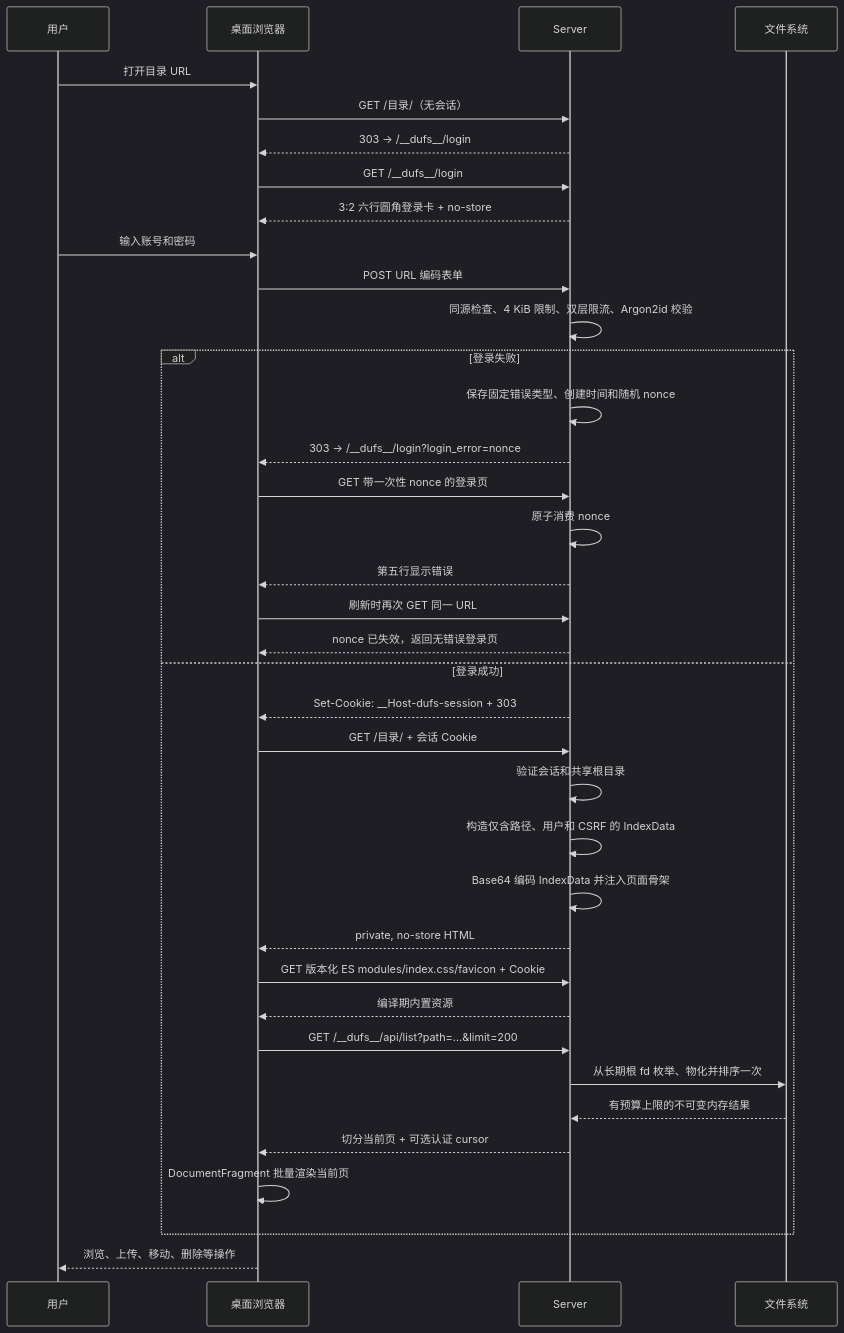
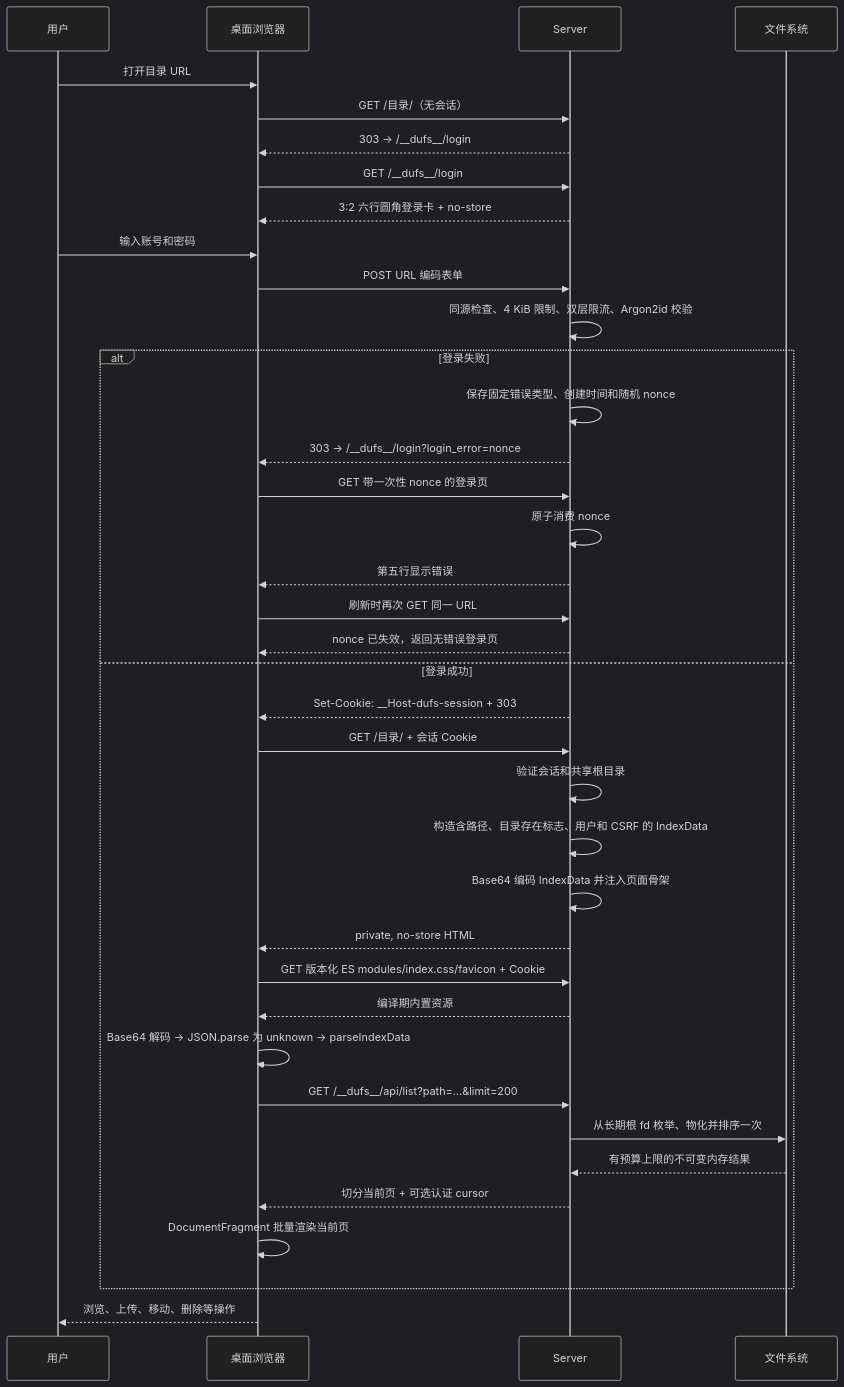
One commit to isarmg/dufs-ram changed the sixth of 22 diagrams in docs/project-workflow.md. Above: the diagram before and after it, drawn with Mermaid (dark theme). The commit also changed other lines of this file and 14 other files, not shown here.

````diff
--- a/docs/project-workflow.md
+++ b/docs/project-workflow.md
@@ -220,40 +220,41 @@
 ```mermaid
 sequenceDiagram
     participant U as 用户
     participant B as 桌面浏览器
     participant S as Server
     participant F as 文件系统
 
     U->>B: 打开目录 URL
     B->>S: GET /目录/（无会话）
     S-->>B: 303 → /__dufs__/login
     B->>S: GET /__dufs__/login
     S-->>B: 3:2 六行圆角登录卡 + no-store
     U->>B: 输入账号和密码
     B->>S: POST URL 编码表单
     S->>S: 同源检查、4 KiB 限制、双层限流、Argon2id 校验
     alt 登录失败
         S->>S: 保存固定错误类型、创建时间和随机 nonce
         S-->>B: 303 → /__dufs__/login?login_error=nonce
         B->>S: GET 带一次性 nonce 的登录页
         S->>S: 原子消费 nonce
         S-->>B: 第五行显示错误
         B->>S: 刷新时再次 GET 同一 URL
         S-->>B: nonce 已失效，返回无错误登录页
     else 登录成功
         S-->>B: Set-Cookie: __Host-dufs-session + 303
         B->>S: GET /目录/ + 会话 Cookie
         S->>S: 验证会话和共享根目录
-        S->>S: 构造仅含路径、用户和 CSRF 的 IndexData
+        S->>S: 构造含路径、目录存在标志、用户和 CSRF 的 IndexData
         S->>S: Base64 编码 IndexData 并注入页面骨架
         S-->>B: private, no-store HTML
         B->>S: GET 版本化 ES modules/index.css/favicon + Cookie
         S-->>B: 编译期内置资源
+        B->>B: Base64 解码 → JSON.parse 为 unknown → parseIndexData
         B->>S: GET /__dufs__/api/list?path=…&limit=200
         S->>F: 从长期根 fd 枚举、物化并排序一次
         F-->>S: 有预算上限的不可变内存结果
         S-->>B: 切分当前页 + 可选认证 cursor
         B->>B: DocumentFragment 批量渲染当前页
     end
     B-->>U: 浏览、上传、移动、删除等操作
 ```
````
